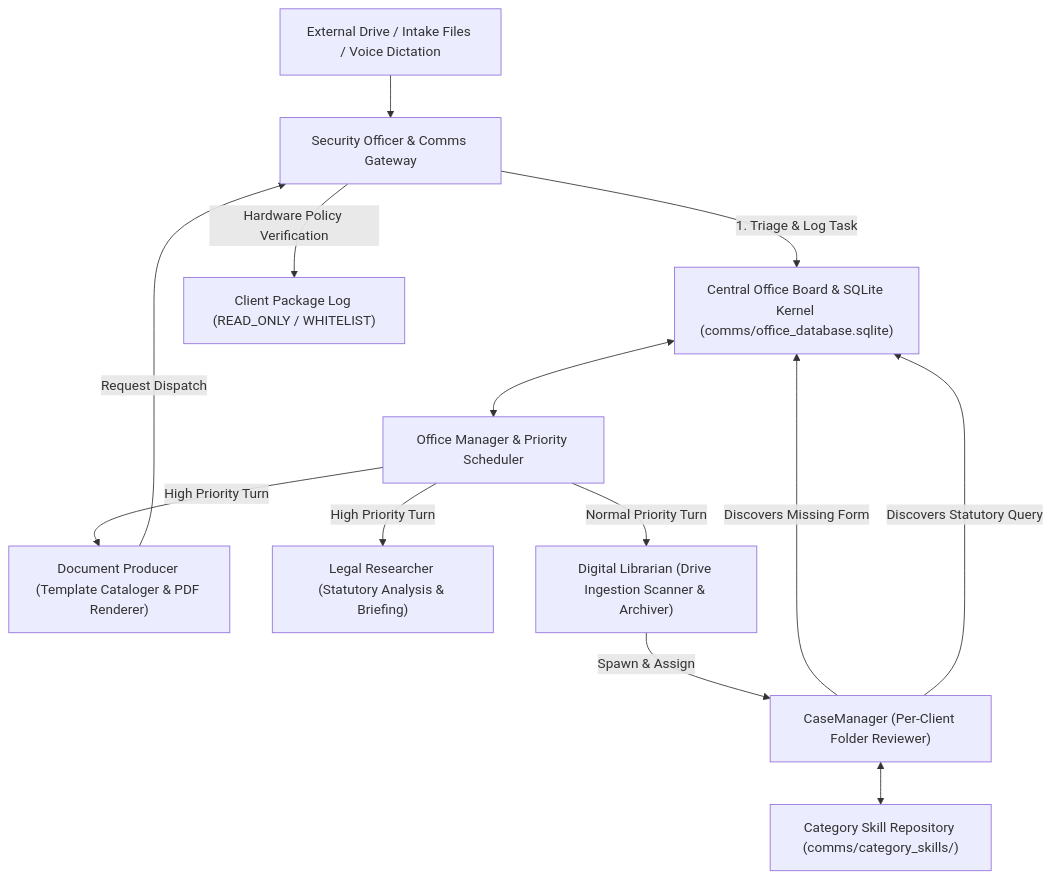
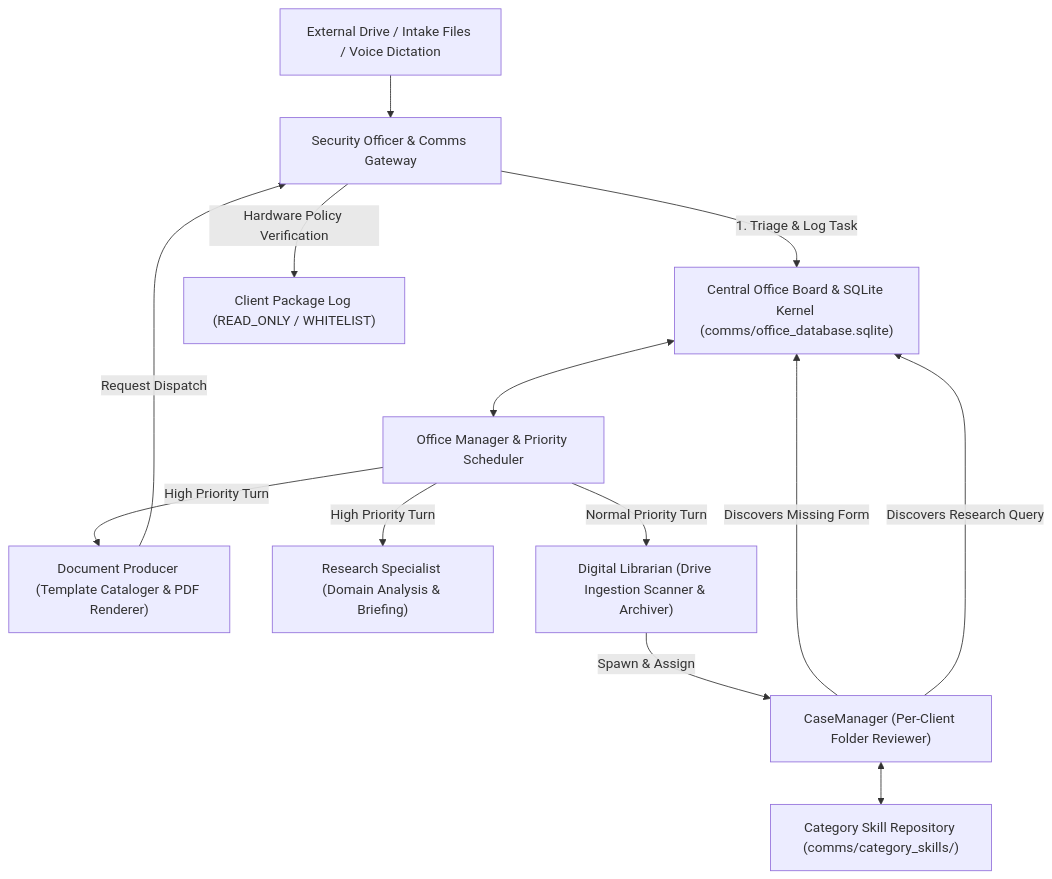
The diagram in README.md (munch2u-a11y/AIMAOS), drawn with Mermaid before and after one commit. The commit also changed other lines of this file, not shown here.

Commit message:
Make README description office-agnostic (research, document production, file management)

````diff
--- a/README.md
+++ b/README.md
@@ -106,20 +106,20 @@
 ```mermaid
 graph TD
     UserDrive["External Drive / Intake Files / Voice Dictation"] --> SecGateway["Security Officer & Comms Gateway"]
     SecGateway -->|1. Triage & Log Task| Board["Central Office Board & SQLite Kernel (comms/office_database.sqlite)"]
     
     Board <--> Manager["Office Manager & Priority Scheduler"]
     
     Manager -->|High Priority Turn| DocProducer["Document Producer (Template Cataloger & PDF Renderer)"]
-    Manager -->|High Priority Turn| Researcher["Legal Researcher (Statutory Analysis & Briefing)"]
+    Manager -->|High Priority Turn| Researcher["Research Specialist (Domain Analysis & Briefing)"]
     Manager -->|Normal Priority Turn| Librarian["Digital Librarian (Drive Ingestion Scanner & Archiver)"]
     
     Librarian -->|Spawn & Assign| CaseManager["CaseManager (Per-Client Folder Reviewer)"]
     
     CaseManager -->|Discovers Missing Form| Board
-    CaseManager -->|Discovers Statutory Query| Board
+    CaseManager -->|Discovers Research Query| Board
     CaseManager <--> CatSkills["Category Skill Repository (comms/category_skills/)"]
     
     DocProducer -->|Request Dispatch| SecGateway
     SecGateway -->|Hardware Policy Verification| Outbound["Client Package Log (READ_ONLY / WHITELIST)"]
 ```
````
